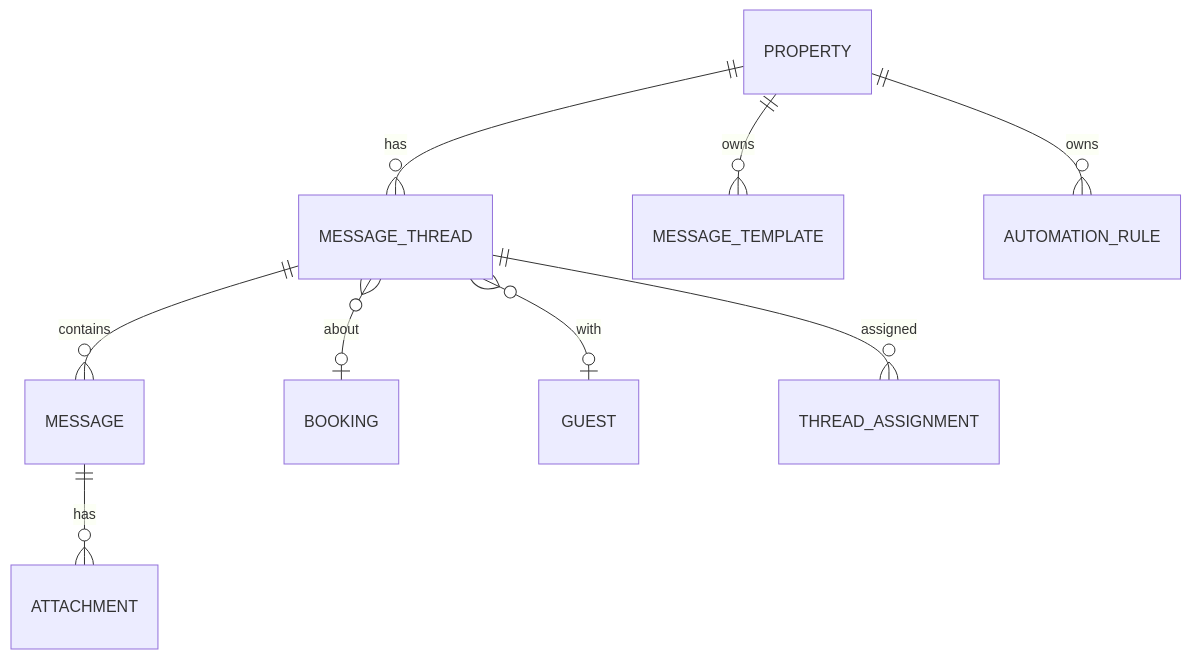
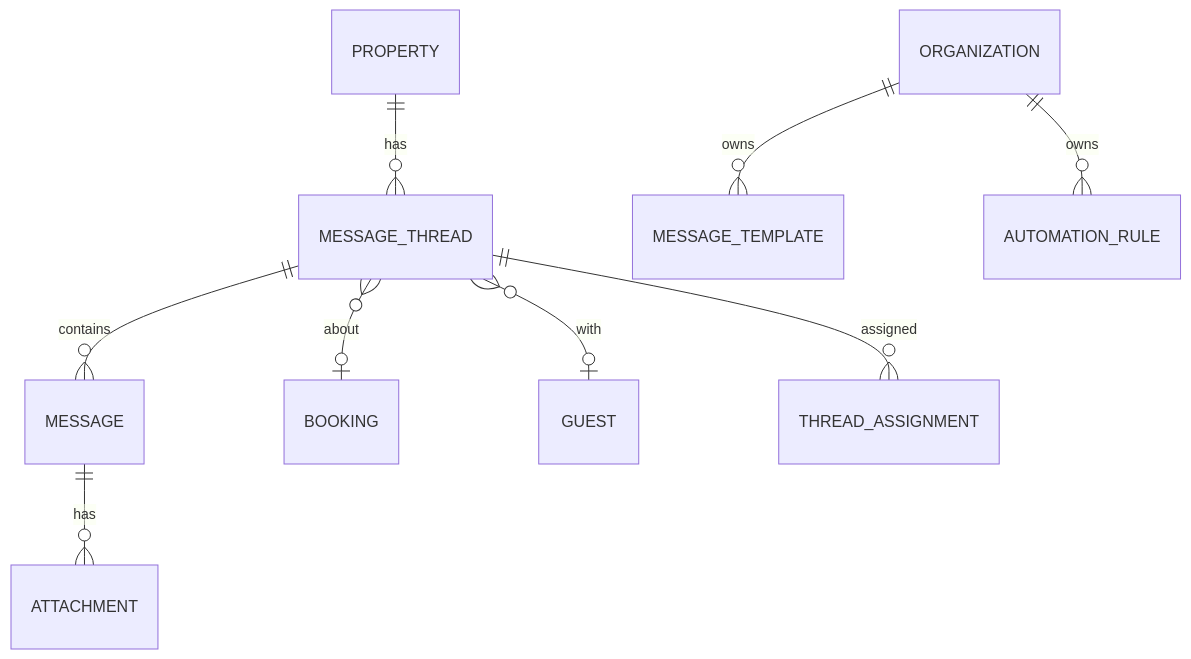
Before and after one commit to henihaddad/channex-pms: the fifth of 6 diagrams in docs/specs/03-domain-model.md, drawn with Mermaid. The commit also changed other lines of this file and 19 other files, not shown here.

````diff
--- a/docs/specs/03-domain-model.md
+++ b/docs/specs/03-domain-model.md
@@ -178,11 +212,11 @@
 ```mermaid
 erDiagram
   PROPERTY ||--o{ MESSAGE_THREAD : has
   MESSAGE_THREAD ||--o{ MESSAGE : contains
   MESSAGE ||--o{ ATTACHMENT : has
   MESSAGE_THREAD }o--o| BOOKING : about
   MESSAGE_THREAD }o--o| GUEST : with
   MESSAGE_THREAD ||--o{ THREAD_ASSIGNMENT : assigned
-  PROPERTY ||--o{ MESSAGE_TEMPLATE : owns
-  PROPERTY ||--o{ AUTOMATION_RULE : owns
+  ORGANIZATION ||--o{ MESSAGE_TEMPLATE : owns
+  ORGANIZATION ||--o{ AUTOMATION_RULE : owns
 ```
````
